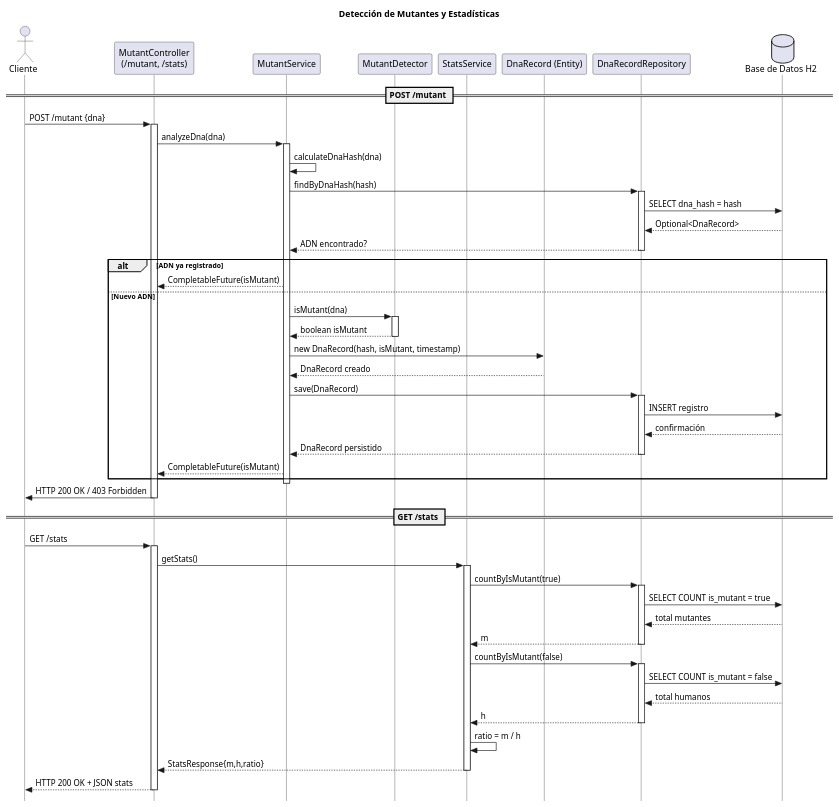
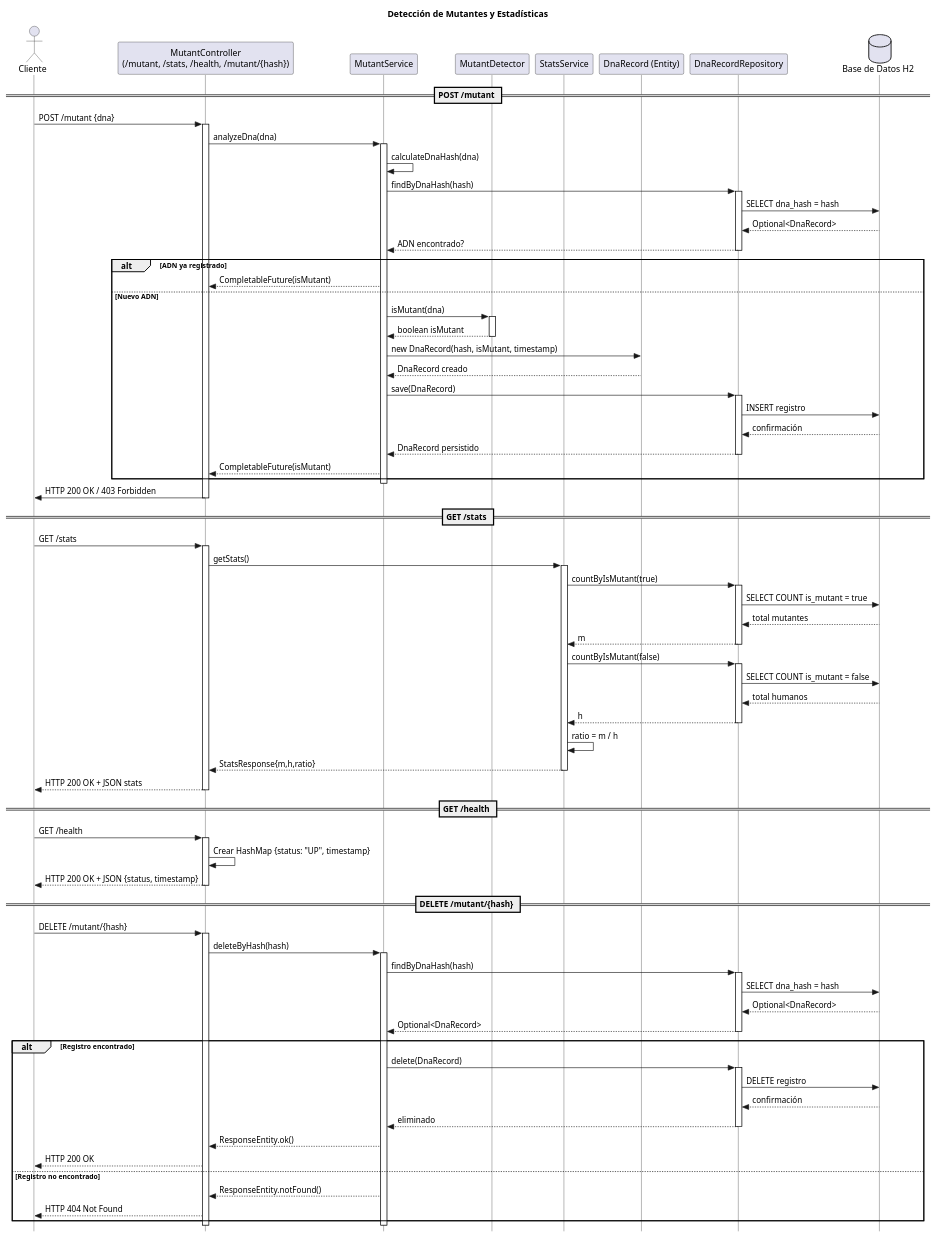
Before and after one commit to Paula-Bomprezzi/GLOBAL_DetectorDeMutantes_26-11: the diagram in zDIAGRAMA DE SECUENCIA/DiagramadeSecuencia.puml, drawn with PlantUML. The commit also changed 5 other files, not shown here.

Commit message:
Agregué links al proyecto y editado diagrama de secuencia

```diff
--- a/zDIAGRAMA DE SECUENCIA/DiagramadeSecuencia.puml
+++ b/zDIAGRAMA DE SECUENCIA/DiagramadeSecuencia.puml
@@ -1,80 +1,115 @@
 @startuml
 skinparam style strictuml
 skinparam lifelineStrategy solid
 title Detección de Mutantes y Estadísticas
 
 actor Cliente
-participant "MutantController\n(/mutant, /stats)" as Controller
+participant "MutantController\n(/mutant, /stats, /health, /mutant/{hash})" as Controller
 participant "MutantService" as MutantService
 participant "MutantDetector" as Detector
 participant "StatsService" as StatsService
 participant "DnaRecord (Entity)" as Entity
 participant "DnaRecordRepository" as Repo
 database "Base de Datos H2" as DB
 
 == POST /mutant ==
 Cliente -> Controller: POST /mutant {dna}
 activate Controller
 Controller -> MutantService: analyzeDna(dna)
 activate MutantService
 MutantService -> MutantService: calculateDnaHash(dna)
 MutantService -> Repo: findByDnaHash(hash)
 activate Repo
 Repo -> DB: SELECT dna_hash = hash
 DB --> Repo: Optional<DnaRecord>
 Repo --> MutantService: ADN encontrado?
 deactivate Repo
 
 alt ADN ya registrado
     MutantService --> Controller: CompletableFuture(isMutant)
 else Nuevo ADN
     MutantService -> Detector: isMutant(dna)
     activate Detector
     Detector --> MutantService: boolean isMutant
     deactivate Detector
 
     ' Creación de la entity (línea punteada, sin activación)
     MutantService -> Entity: new DnaRecord(hash, isMutant, timestamp)
     Entity --> MutantService: DnaRecord creado
 
     MutantService -> Repo: save(DnaRecord)
     activate Repo
     Repo -> DB: INSERT registro
     DB --> Repo: confirmación
     Repo --> MutantService: DnaRecord persistido
     deactivate Repo
 
     MutantService --> Controller: CompletableFuture(isMutant)
 end
 deactivate MutantService
 Controller -> Cliente: HTTP 200 OK / 403 Forbidden
 deactivate Controller
 
 == GET /stats ==
 Cliente -> Controller: GET /stats
 activate Controller
 Controller -> StatsService: getStats()
 activate StatsService
 
 StatsService -> Repo: countByIsMutant(true)
 activate Repo
 Repo -> DB: SELECT COUNT is_mutant = true
 DB --> Repo: total mutantes
 Repo --> StatsService: m
 deactivate Repo
 
 StatsService -> Repo: countByIsMutant(false)
 activate Repo
 Repo -> DB: SELECT COUNT is_mutant = false
 DB --> Repo: total humanos
 Repo --> StatsService: h
 deactivate Repo
 
 StatsService -> StatsService: ratio = m / h
 StatsService --> Controller: StatsResponse{m,h,ratio}
 deactivate StatsService
 
 Controller --> Cliente: HTTP 200 OK + JSON stats
 deactivate Controller
 
+== GET /health ==
+Cliente -> Controller: GET /health
+activate Controller
+Controller -> Controller: Crear HashMap {status: "UP", timestamp}
+Controller --> Cliente: HTTP 200 OK + JSON {status, timestamp}
+deactivate Controller
+
+== DELETE /mutant/{hash} ==
+Cliente -> Controller: DELETE /mutant/{hash}
+activate Controller
+Controller -> MutantService: deleteByHash(hash)
+activate MutantService
+MutantService -> Repo: findByDnaHash(hash)
+activate Repo
+Repo -> DB: SELECT dna_hash = hash
+DB --> Repo: Optional<DnaRecord>
+Repo --> MutantService: Optional<DnaRecord>
+deactivate Repo
+
+alt Registro encontrado
+    MutantService -> Repo: delete(DnaRecord)
+    activate Repo
+    Repo -> DB: DELETE registro
+    DB --> Repo: confirmación
+    Repo --> MutantService: eliminado
+    deactivate Repo
+    MutantService --> Controller: ResponseEntity.ok()
+    Controller --> Cliente: HTTP 200 OK
+else Registro no encontrado
+    MutantService --> Controller: ResponseEntity.notFound()
+    Controller --> Cliente: HTTP 404 Not Found
+end
+deactivate MutantService
+deactivate Controller
+
 @enduml
```
